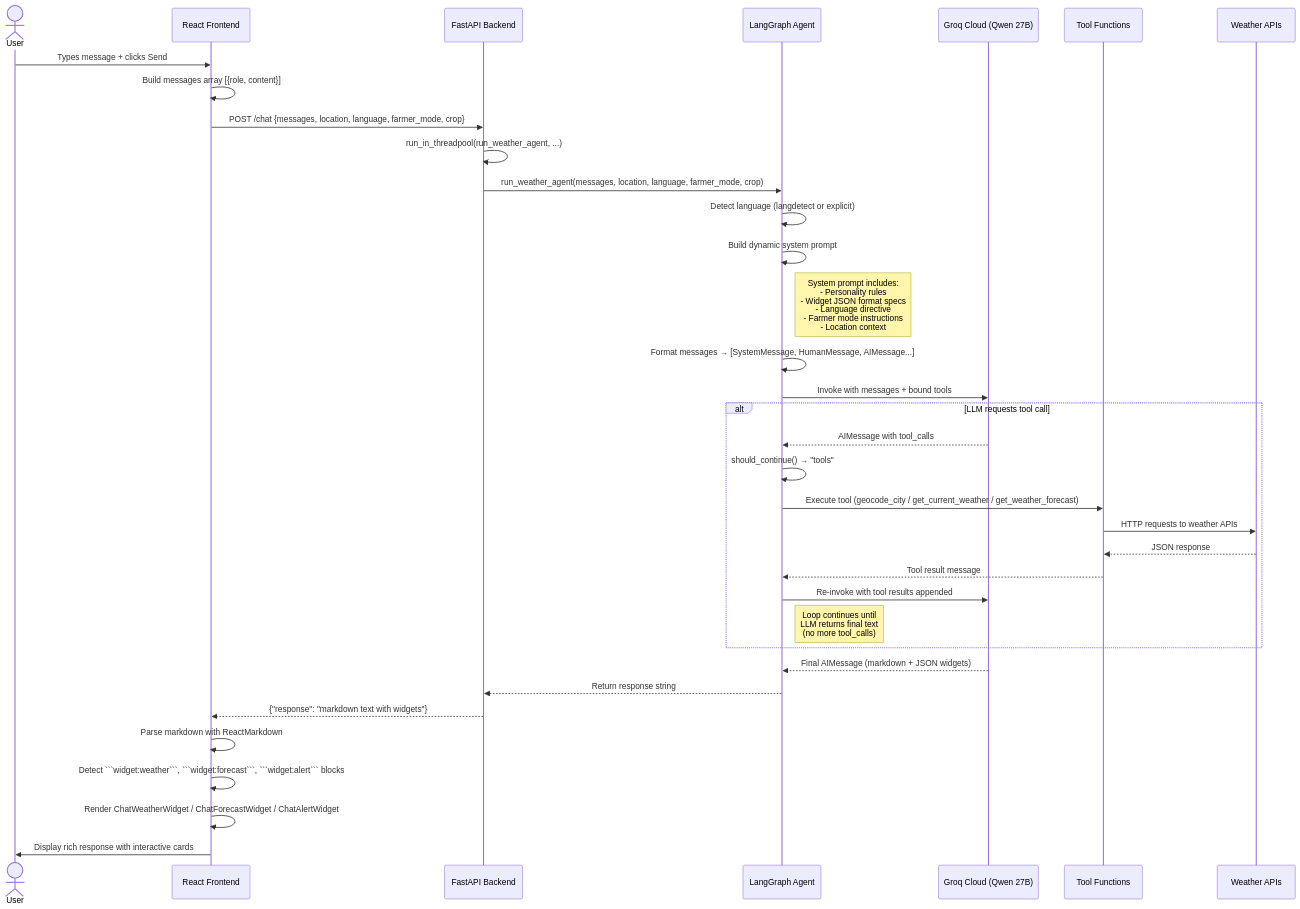
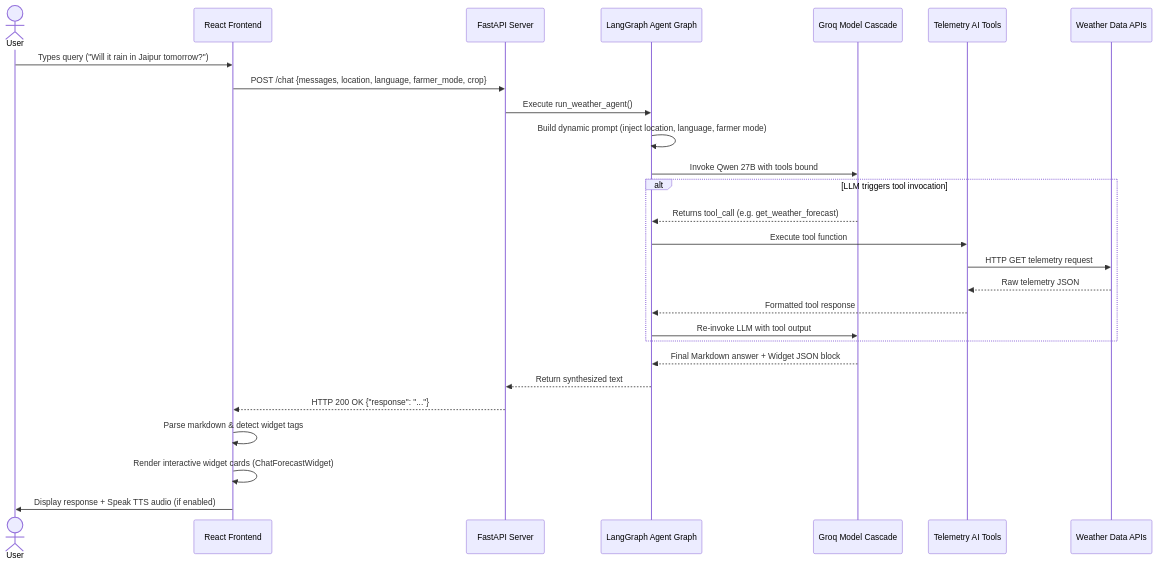
Before and after one commit to omsenjalia/weathergpt: the third of 6 diagrams in frontend/Architecture.md, drawn with Mermaid. The commit also changed other lines of this file, not shown here.

Commit message:
docs: refactor Architecture.md into judge-ready SIH presentation annex

````diff
--- a/frontend/Architecture.md
+++ b/frontend/Architecture.md
@@ -530,43 +290,34 @@
 ```mermaid
 sequenceDiagram
     actor User
     participant UI as React Frontend
-    participant API as FastAPI Backend
-    participant Agent as LangGraph Agent
-    participant LLM as Groq Cloud (Qwen 27B)
-    participant Tools as Tool Functions
-    participant Weather as Weather APIs
+    participant API as FastAPI Server
+    participant Agent as LangGraph Agent Graph
+    participant LLM as Groq Model Cascade
+    participant Tools as Telemetry AI Tools
+    participant Telemetry as Weather Data APIs
 
-    User->>UI: Types message + clicks Send
-    UI->>UI: Build messages array [{role, content}]
+    User->>UI: Types query ("Will it rain in Jaipur tomorrow?")
     UI->>API: POST /chat {messages, location, language, farmer_mode, crop}
-    API->>API: run_in_threadpool(run_weather_agent, ...)
-    API->>Agent: run_weather_agent(messages, location, language, farmer_mode, crop)
+    API->>Agent: Execute run_weather_agent()
     
-    Agent->>Agent: Detect language (langdetect or explicit)
-    Agent->>Agent: Build dynamic system prompt
-    Note right of Agent: System prompt includes:<br/>- Personality rules<br/>- Widget JSON format specs<br/>- Language directive<br/>- Farmer mode instructions<br/>- Location context
+    Agent->>Agent: Build dynamic prompt (inject location, language, farmer mode)
+    Agent->>LLM: Invoke Qwen 27B with tools bound
     
-    Agent->>Agent: Format messages → [SystemMessage, HumanMessage, AIMessage...]
-    Agent->>LLM: Invoke with messages + bound tools
+    alt LLM triggers tool invocation
+        LLM-->>Agent: Returns tool_call (e.g. get_weather_forecast)
+        Agent->>Tools: Execute tool function
+        Tools->>Telemetry: HTTP GET telemetry request
+        Telemetry-->>Tools: Raw telemetry JSON
+        Tools-->>Agent: Formatted tool response
+        Agent->>LLM: Re-invoke LLM with tool output
+    end
+
+    LLM-->>Agent: Final Markdown answer + Widget JSON block
+    Agent-->>API: Return synthesized text
+    API-->>UI: HTTP 200 OK {"response": "..."}
     
-    alt LLM requests tool call
-        LLM-->>Agent: AIMessage with tool_calls
-        Agent->>Agent: should_continue() → "tools"
-        Agent->>Tools: Execute tool (geocode_city / get_current_weather / get_weather_forecast)
-        Tools->>Weather: HTTP requests to weather APIs
-        Weather-->>Tools: JSON response
-        Tools-->>Agent: Tool result message
-        Agent->>LLM: Re-invoke with tool results appended
-        Note right of Agent: Loop continues until<br/>LLM returns final text<br/>(no more tool_calls)
-    end
-    
-    LLM-->>Agent: Final AIMessage (markdown + JSON widgets)
-    Agent-->>API: Return response string
-    API-->>UI: {"response": "markdown text with widgets"}
-    
-    UI->>UI: Parse markdown with ReactMarkdown
-    UI->>UI: Detect ```widget:weather```, ```widget:forecast```, ```widget:alert``` blocks
-    UI->>UI: Render ChatWeatherWidget / ChatForecastWidget / ChatAlertWidget
-    UI->>User: Display rich response with interactive cards
+    UI->>UI: Parse markdown & detect widget tags
+    UI->>UI: Render interactive widget cards (ChatForecastWidget)
+    UI->>User: Display response + Speak TTS audio (if enabled)
 ```
````
